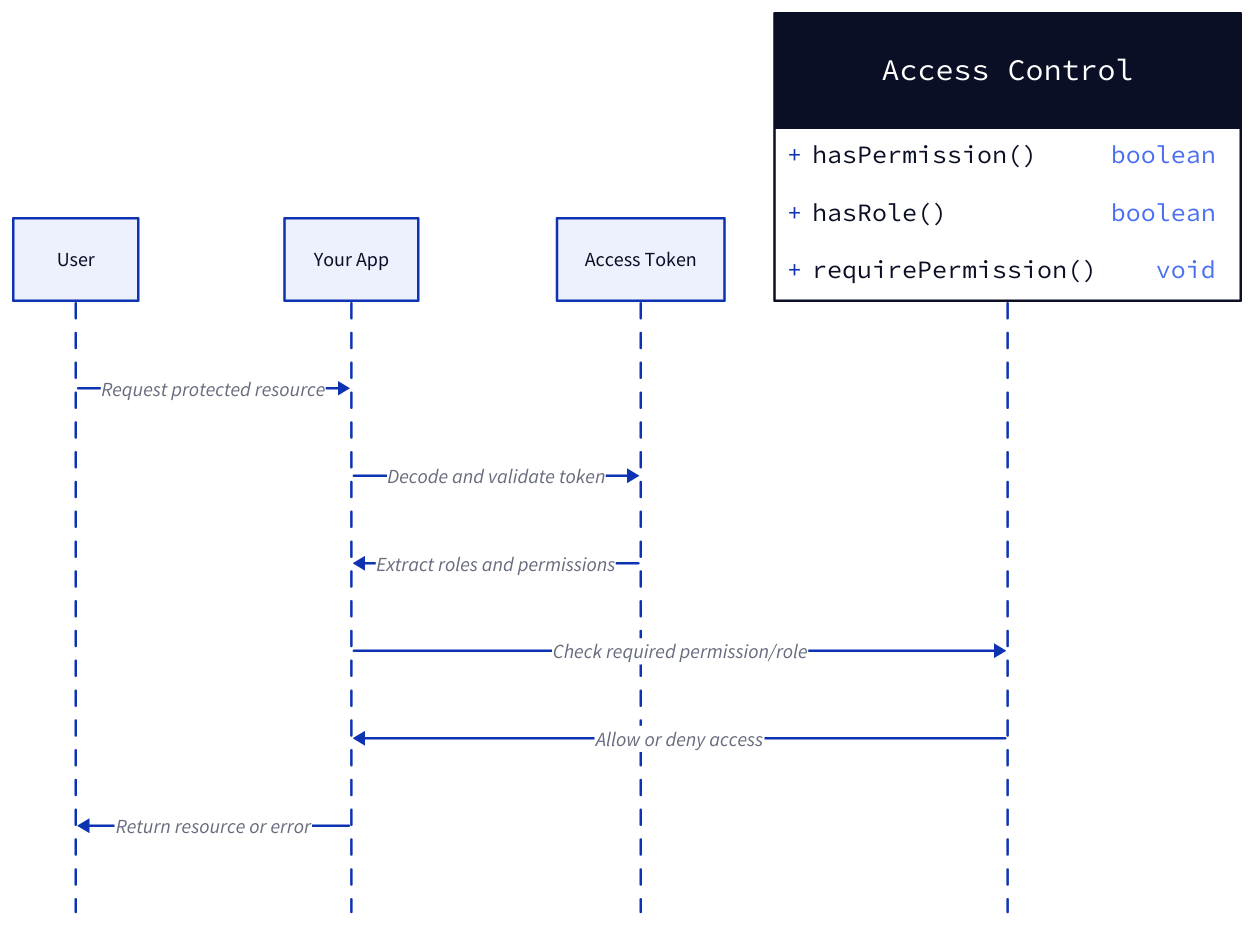
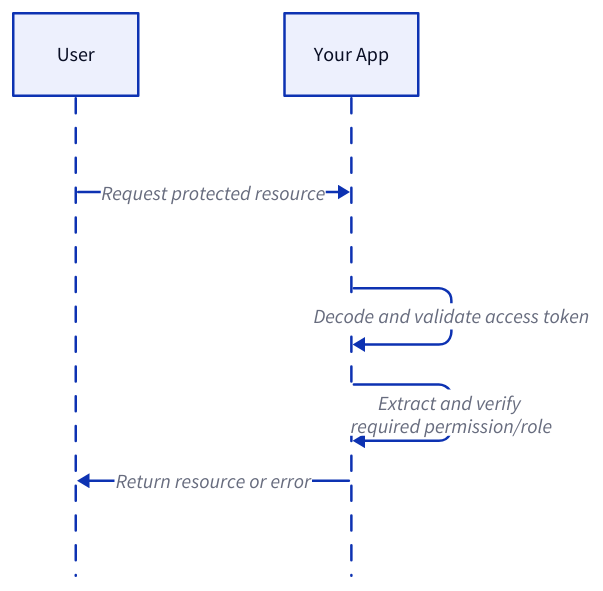
The diagram in src/content/docs/authenticate/authz/implement-access-control.mdx (scalekit-inc/developer-docs), drawn with D2 before and after one commit. The commit also changed other lines of this file and 1 other file, not shown here.

First line of the commit message:
fix: update access control documentation for clarity and accuracy

````diff
--- a/src/content/docs/authenticate/authz/implement-access-control.mdx
+++ b/src/content/docs/authenticate/authz/implement-access-control.mdx
@@ -43,17 +41,9 @@
-```d2
+```d2 pad=100
 shape: sequence_diagram
 
 User -> Your App: Request protected resource
-Your App -> Access Token: Decode and validate token
-Access Token -> Your App: Extract roles and permissions
-Your App -> Access Control: Check required permission/role
-Access Control -> Your App: Allow or deny access
+Your App -> Your App: Decode and validate access token
+Your App -> Your App: Extract and verify \n required permission/role
 Your App -> User: Return resource or error
 
-Access Control: {
-  shape: class
-  hasPermission(): boolean
-  hasRole(): boolean
-  requirePermission(): void
-}
 ```
````
